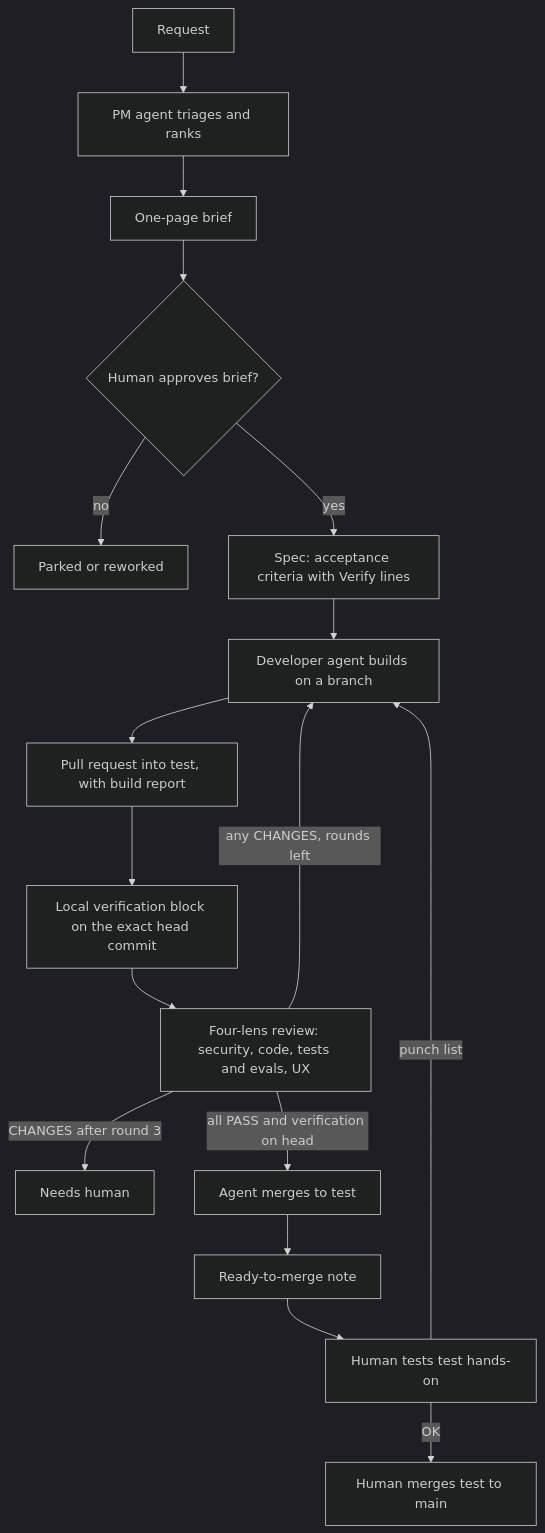
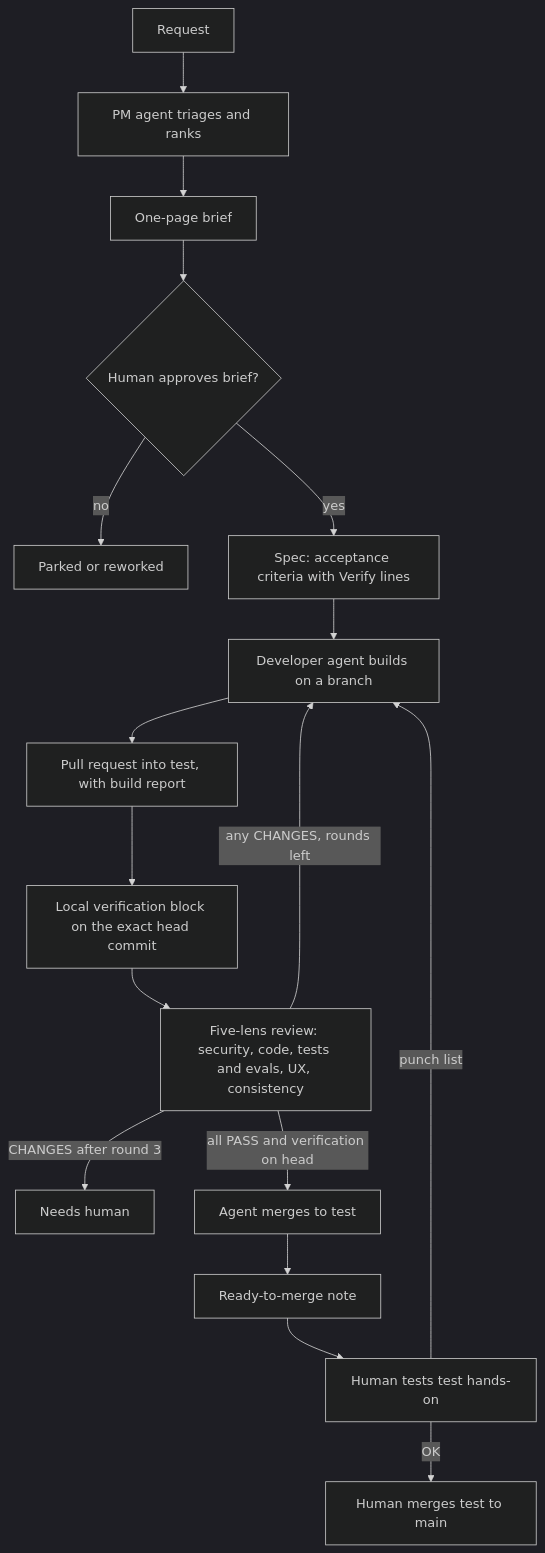
The diagram in docs/process.md (goldvalleysolutions/gvs-factory), drawn with Mermaid (dark theme) before and after one commit. The commit also changed other lines of this file and 15 other files, not shown here.

First line of the commit message:
Add versioned standards v1 and Lens 5 Consistency

````diff
--- a/docs/process.md
+++ b/docs/process.md
@@ -26,19 +26,19 @@
 ```mermaid
 flowchart TD
   A[Request] --> B[PM agent triages and ranks]
   B --> C[One-page brief]
   C --> D{Human approves brief?}
   D -- no --> P[Parked or reworked]
   D -- yes --> E[Spec: acceptance criteria with Verify lines]
   E --> F[Developer agent builds on a branch]
   F --> G[Pull request into test, with build report]
   G --> H[Local verification block on the exact head commit]
-  H --> I[Four-lens review: security, code, tests and evals, UX]
+  H --> I[Five-lens review: security, code, tests and evals, UX, consistency]
   I -- any CHANGES, rounds left --> F
   I -- CHANGES after round 3 --> N[Needs human]
   I -- all PASS and verification on head --> J[Agent merges to test]
   J --> K[Ready-to-merge note]
   K --> L[Human tests test hands-on]
   L -- punch list --> F
   L -- OK --> M[Human merges test to main]
 ```
````
